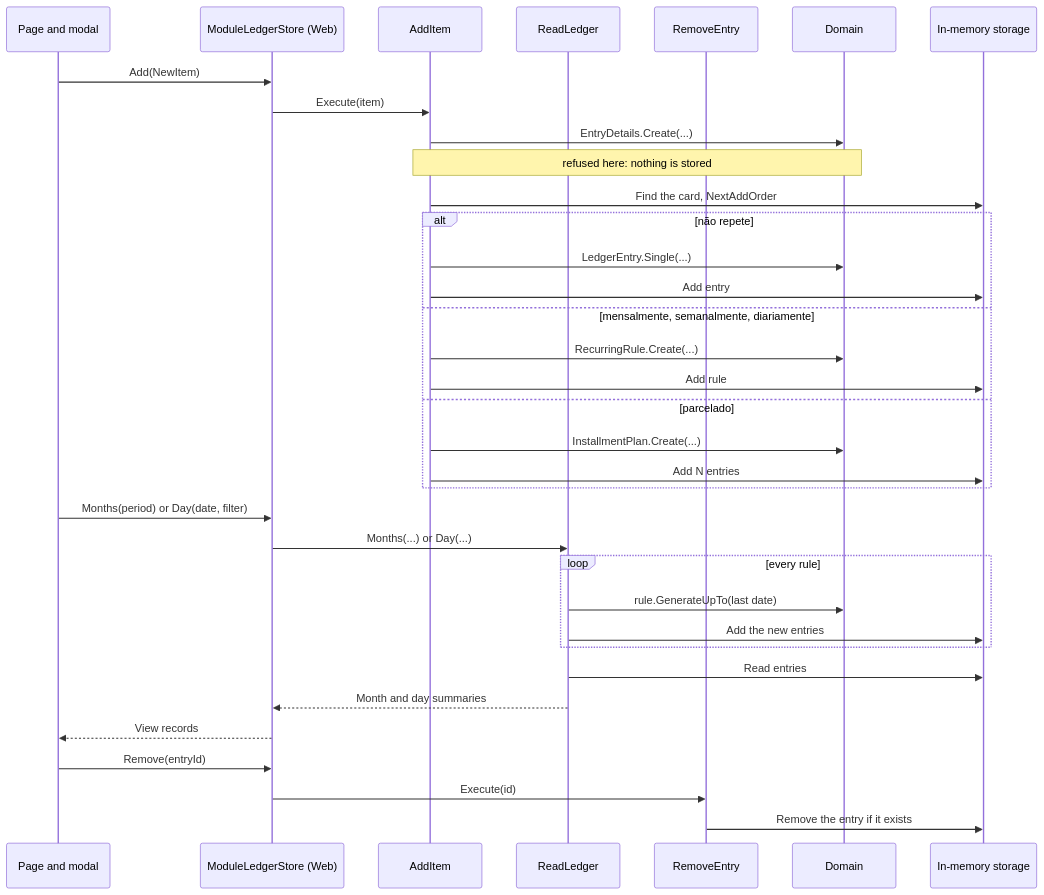
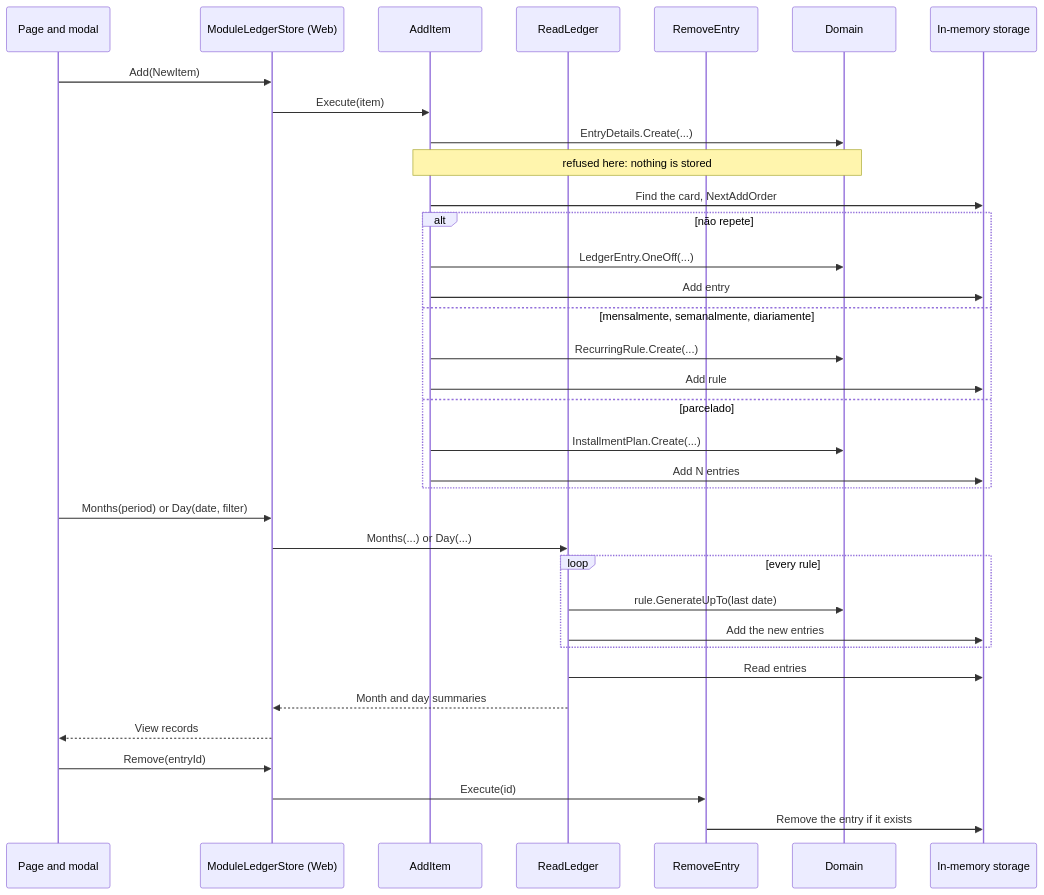
The first of 2 diagrams in .specs/features/003-ledger-entry/design.md (souzapablo/gibeira), drawn with Mermaid before and after one commit. The commit also changed other lines of this file and 6 other files, not shown here.

Commit message:
feat(ledger): add the LedgerEntry aggregate

````diff
--- a/.specs/features/003-ledger-entry/design.md
+++ b/.specs/features/003-ledger-entry/design.md
@@ -24,40 +24,40 @@
 ```mermaid
 sequenceDiagram
     participant P as Page and modal
     participant S as ModuleLedgerStore (Web)
     participant A as AddItem
     participant R as ReadLedger
     participant RE as RemoveEntry
     participant D as Domain
     participant M as In-memory storage
 
     P->>S: Add(NewItem)
     S->>A: Execute(item)
     A->>D: EntryDetails.Create(...)
     Note over A,D: refused here: nothing is stored
     A->>M: Find the card, NextAddOrder
     alt não repete
-        A->>D: LedgerEntry.Single(...)
+        A->>D: LedgerEntry.OneOff(...)
         A->>M: Add entry
     else mensalmente, semanalmente, diariamente
         A->>D: RecurringRule.Create(...)
         A->>M: Add rule
     else parcelado
         A->>D: InstallmentPlan.Create(...)
         A->>M: Add N entries
     end
 
     P->>S: Months(period) or Day(date, filter)
     S->>R: Months(...) or Day(...)
     loop every rule
         R->>D: rule.GenerateUpTo(last date)
         R->>M: Add the new entries
     end
     R->>M: Read entries
     R-->>S: Month and day summaries
     S-->>P: View records
 
     P->>S: Remove(entryId)
     S->>RE: Execute(id)
     RE->>M: Remove the entry if it exists
 ```
````
